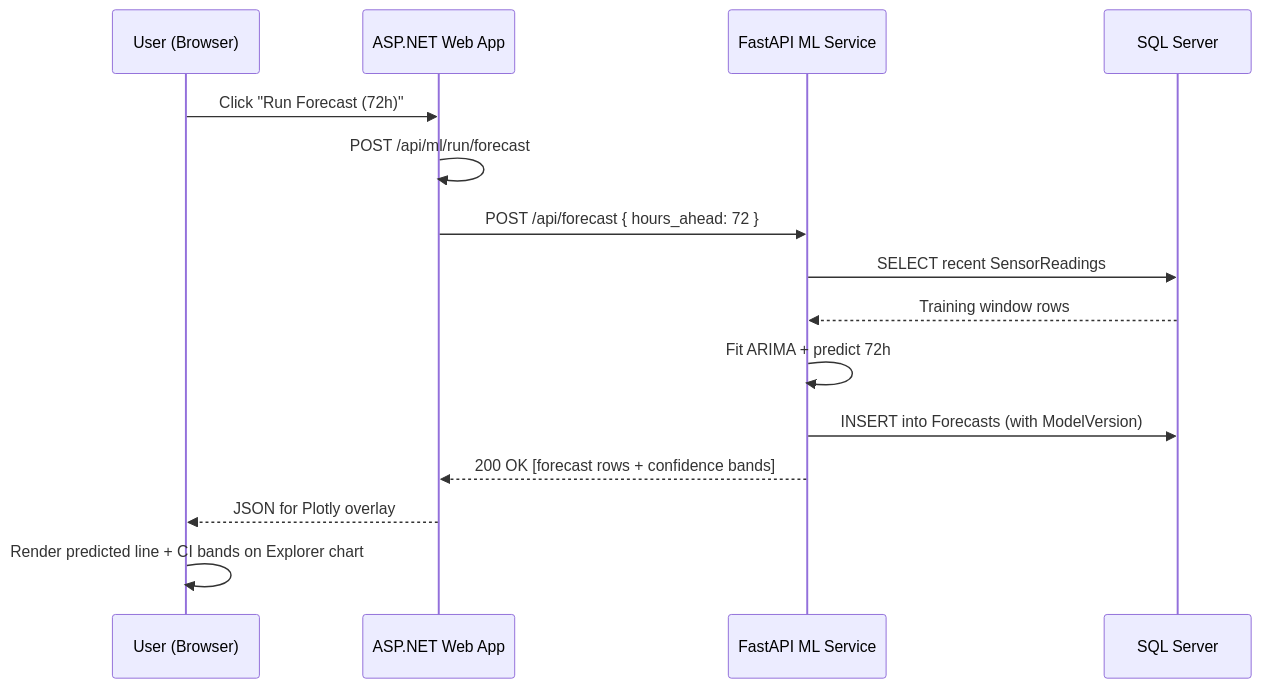
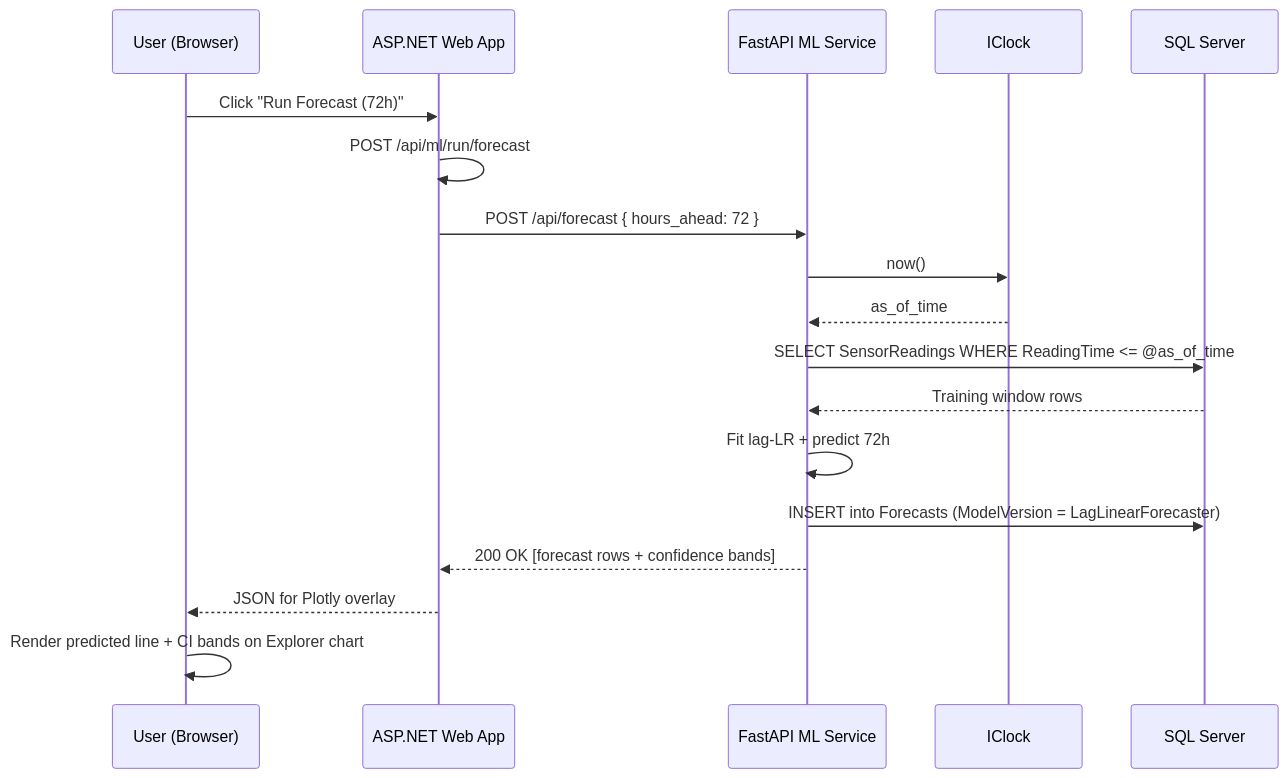
The third of 6 diagrams in README.md (arthurkahwa/climasense), drawn with Mermaid before and after one commit. The commit also changed other lines of this file and 12 other files, not shown here.

````diff
--- a/README.md
+++ b/README.md
@@ -274,18 +389,21 @@
 ```mermaid
 sequenceDiagram
     participant U as User (Browser)
     participant W as ASP.NET Web App
     participant M as FastAPI ML Service
+    participant C as IClock
     participant D as SQL Server
 
     U->>W: Click "Run Forecast (72h)"
     W->>W: POST /api/ml/run/forecast
     W->>M: POST /api/forecast { hours_ahead: 72 }
-    M->>D: SELECT recent SensorReadings
+    M->>C: now()
+    C-->>M: as_of_time
+    M->>D: SELECT SensorReadings WHERE ReadingTime <= @as_of_time
     D-->>M: Training window rows
-    M->>M: Fit ARIMA + predict 72h
-    M->>D: INSERT into Forecasts (with ModelVersion)
+    M->>M: Fit lag-LR + predict 72h
+    M->>D: INSERT into Forecasts (ModelVersion = LagLinearForecaster)
     M-->>W: 200 OK [forecast rows + confidence bands]
     W-->>U: JSON for Plotly overlay
     U->>U: Render predicted line + CI bands on Explorer chart
 ```
````
